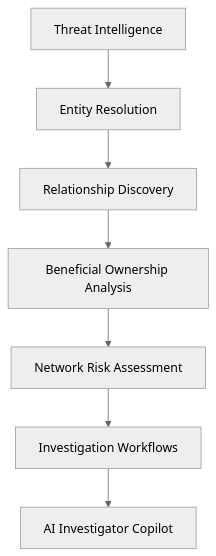
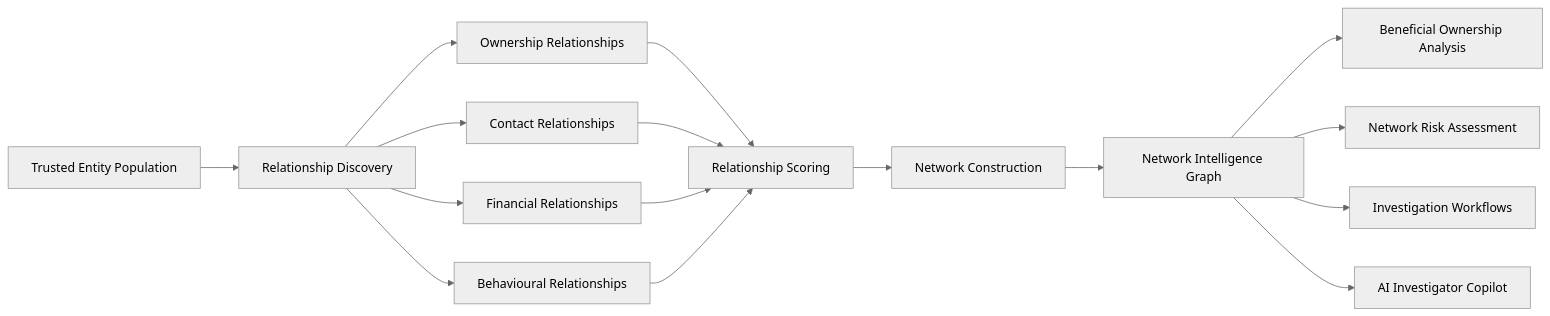
One commit to dhartwig-fc/01-fc-financial-crime-analytics-showcase changed the diagram in 01-network-intelligence/01-entity-resolution/README.md. Above: the diagram before and after it, drawn with Mermaid (neutral theme). The commit also changed other lines of this file, not shown here.

````diff
--- a/01-network-intelligence/01-entity-resolution/README.md
+++ b/01-network-intelligence/01-entity-resolution/README.md
@@ -38,18 +239,24 @@
 ```mermaid
-flowchart TD
+flowchart LR
 
-A[Threat Intelligence]
-B[Entity Resolution]
-C[Relationship Discovery]
-D[Beneficial Ownership Analysis]
-E[Network Risk Assessment]
-F[Investigation Workflows]
-G[AI Investigator Copilot]
+A[Trusted Entity Population] --> B[Relationship Discovery]
 
-A --> B
-B --> C
-C --> D
-D --> E
-E --> F
-F --> G
+B --> C1[Ownership Relationships]
+B --> C2[Contact Relationships]
+B --> C3[Financial Relationships]
+B --> C4[Behavioural Relationships]
+
+C1 --> D[Relationship Scoring]
+C2 --> D
+C3 --> D
+C4 --> D
+
+D --> E[Network Construction]
+
+E --> F[Network Intelligence Graph]
+
+F --> G1[Beneficial Ownership Analysis]
+F --> G2[Network Risk Assessment]
+F --> G3[Investigation Workflows]
+F --> G4[AI Investigator Copilot]
 ```
````
